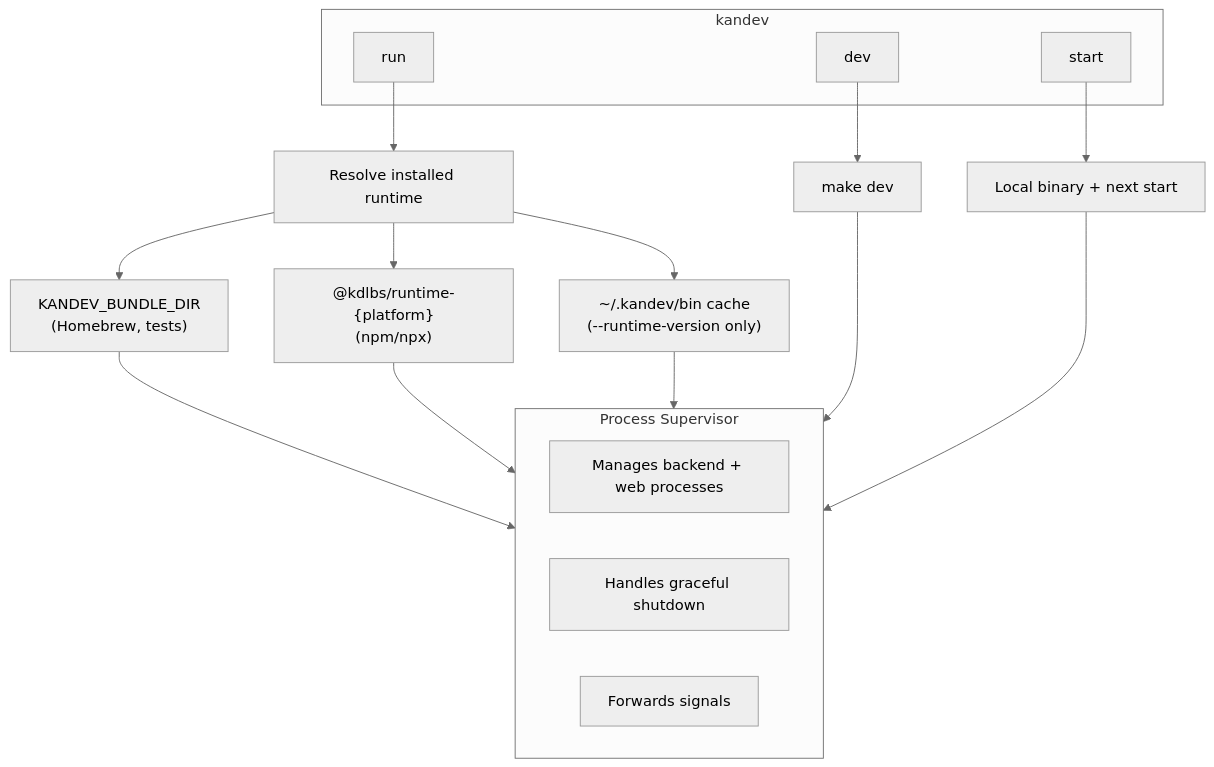
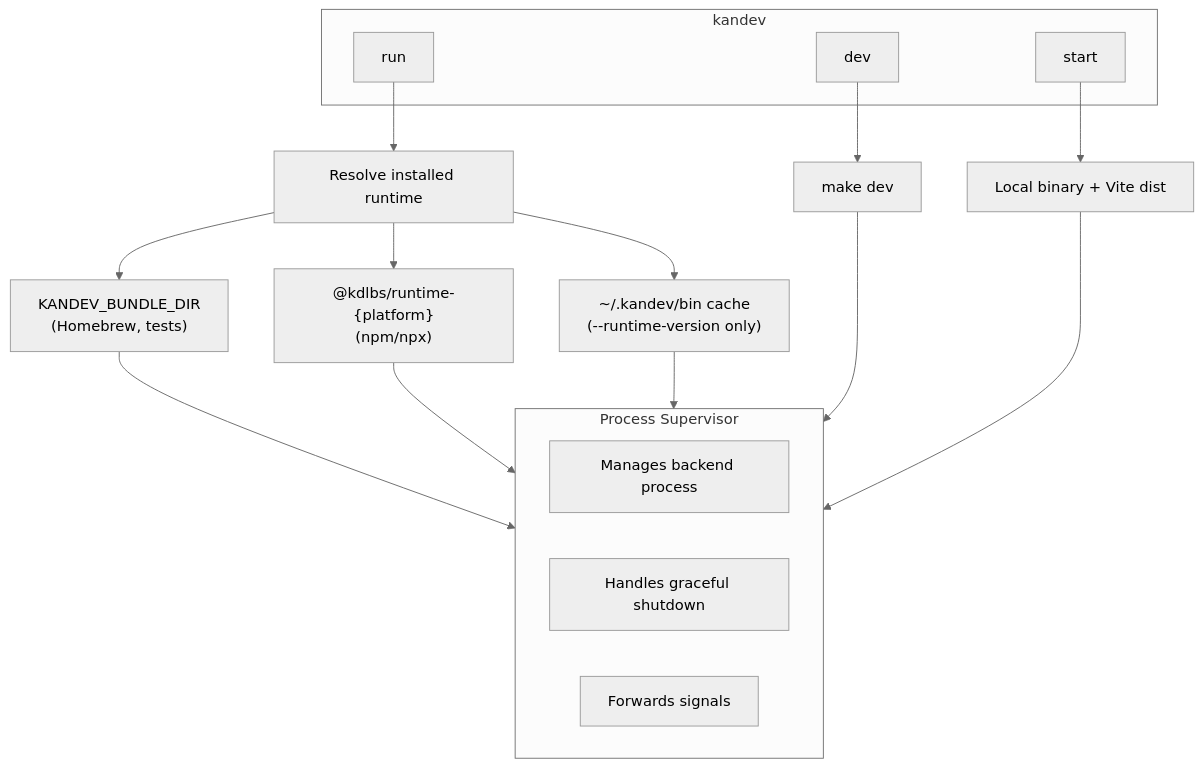
Before and after one commit to kdlbs/kandev: the diagram in docs/cli.md, drawn with Mermaid (neutral theme). The commit also changed other lines of this file and 18 other files, not shown here.

````diff
--- a/docs/cli.md
+++ b/docs/cli.md
@@ -5,29 +5,29 @@
 ```mermaid
 flowchart TB
     subgraph CLI["kandev"]
         run["run"]
         dev["dev"]
         start["start"]
     end
 
     run --> resolve["Resolve installed runtime"]
     dev --> makedev["make dev"]
-    start --> binary["Local binary + next start"]
+    start --> binary["Local binary + Vite dist"]
 
     resolve --> envvar["KANDEV_BUNDLE_DIR<br/>(Homebrew, tests)"]
     resolve --> npmpkg["@kdlbs/runtime-{platform}<br/>(npm/npx)"]
     resolve --> cache["~/.kandev/bin cache<br/>(--runtime-version only)"]
 
     envvar --> supervisor
     npmpkg --> supervisor
     cache --> supervisor
     makedev --> supervisor
     binary --> supervisor
 
     subgraph supervisor["Process Supervisor"]
         direction LR
-        s1["Manages backend + web processes"]
+        s1["Manages backend process"]
         s2["Handles graceful shutdown"]
         s3["Forwards signals"]
     end
 ```
````
